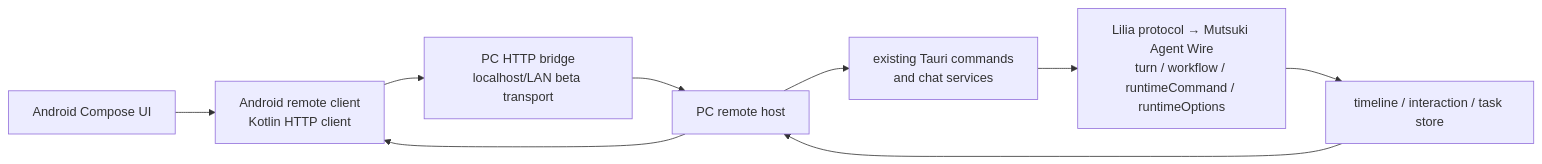
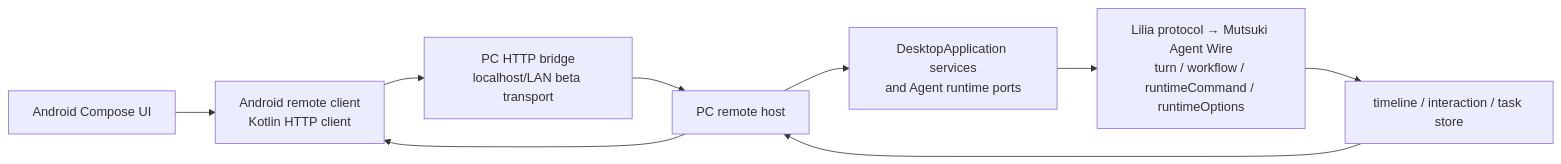
The diagram in docs/design/android-remote-control.md (sena-nana/LiliaCode), drawn with Mermaid before and after one commit. The commit also changed other lines of this file and 790 other files, not shown here.

````diff
--- a/docs/design/android-remote-control.md
+++ b/docs/design/android-remote-control.md
@@ -29,11 +29,11 @@
 ```mermaid
 flowchart LR
   Android["Android Compose UI"] --> Client["Android remote client\nKotlin HTTP client"]
   Client --> Bridge["PC HTTP bridge\nlocalhost/LAN beta transport"]
   Bridge --> Host["PC remote host"]
-  Host --> Commands["existing Tauri commands\nand chat services"]
+  Host --> Commands["DesktopApplication services\nand Agent runtime ports"]
   Commands --> Wire["Lilia protocol → Mutsuki Agent Wire\nturn / workflow / runtimeCommand / runtimeOptions"]
   Wire --> Timeline["timeline / interaction / task store"]
   Timeline --> Host
   Host --> Client
 ```
````
